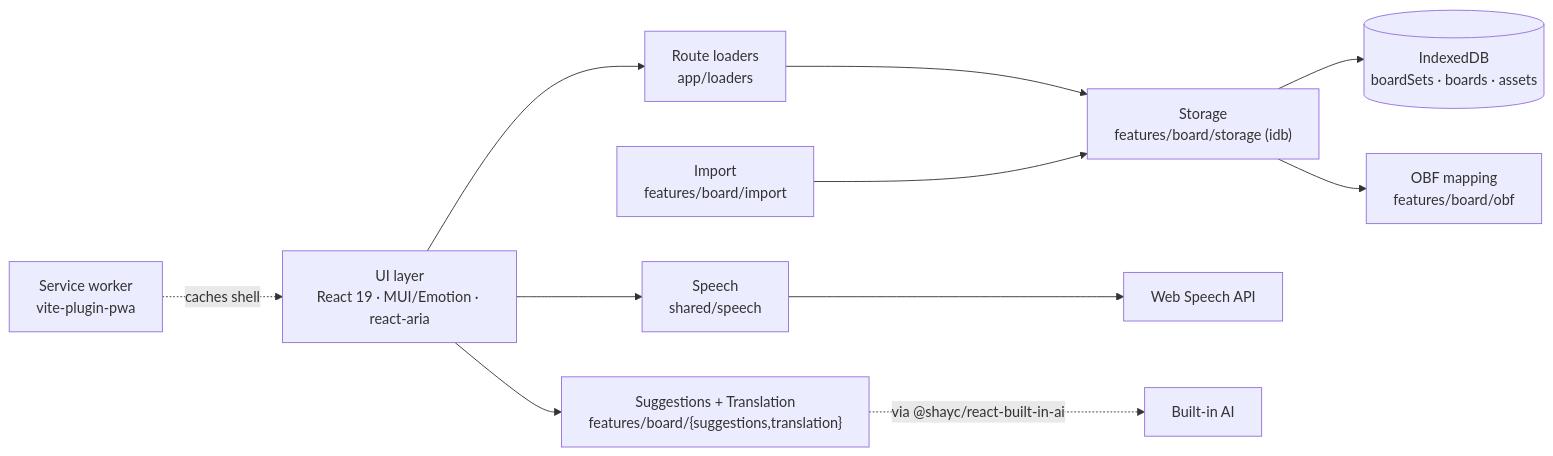
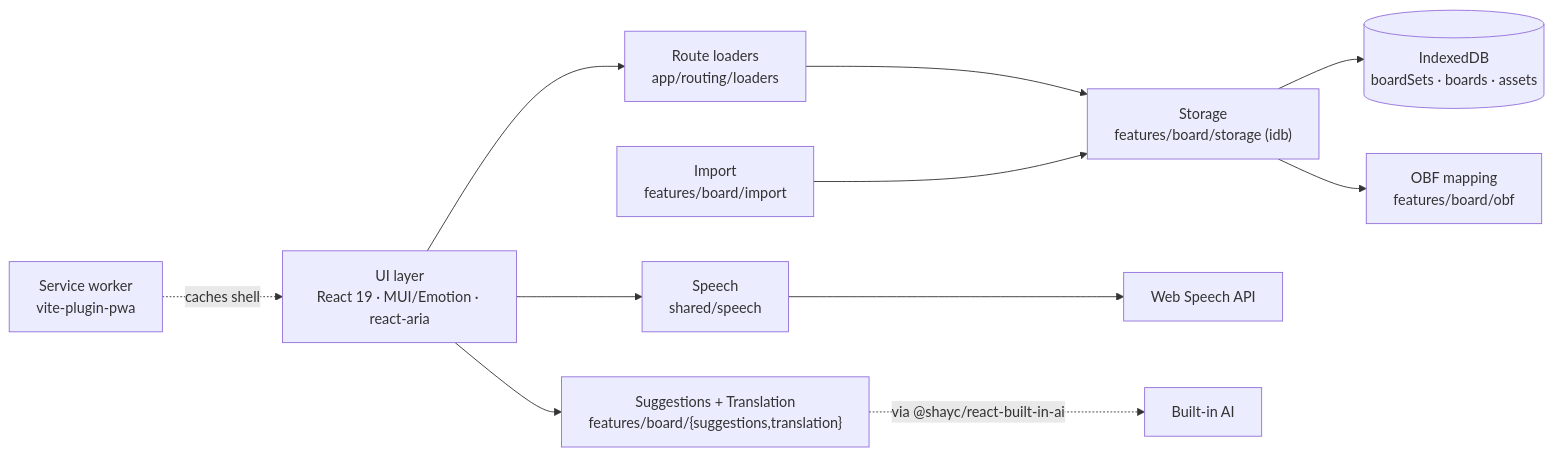
The second of 4 diagrams in docs/architecture.md (shayc/aac-board-ai), drawn with Mermaid before and after one commit. The commit also changed other lines of this file and 13 other files, not shown here.

First line of the commit message:
refactor(app): group routing into src/app/routing

````diff
--- a/docs/architecture.md
+++ b/docs/architecture.md
@@ -96,17 +96,17 @@
 ```mermaid
 flowchart LR
     UI["UI layer<br/>React 19 · MUI/Emotion · react-aria"]
 
-    UI --> LD["Route loaders<br/>app/loaders"]
+    UI --> LD["Route loaders<br/>app/routing/loaders"]
     LD --> STG["Storage<br/>features/board/storage (idb)"]
     STG --> DB[("IndexedDB<br/>boardSets · boards · assets")]
 
     UI --> SPK["Speech<br/>shared/speech"] --> WS["Web Speech API"]
     UI --> SUG["Suggestions + Translation<br/>features/board/{suggestions,translation}"]
     SUG -.->|via @shayc/react-built-in-ai| BAI["Built-in AI"]
 
     STG --> OBF["OBF mapping<br/>features/board/obf"]
     IMP["Import<br/>features/board/import"] --> STG
 
     SW["Service worker<br/>vite-plugin-pwa"] -.->|caches shell| UI
 ```
````
